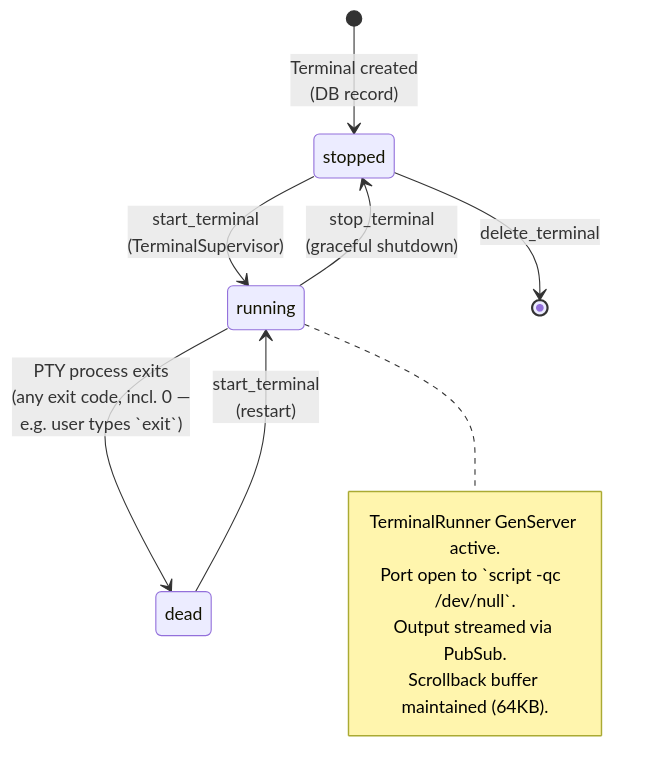
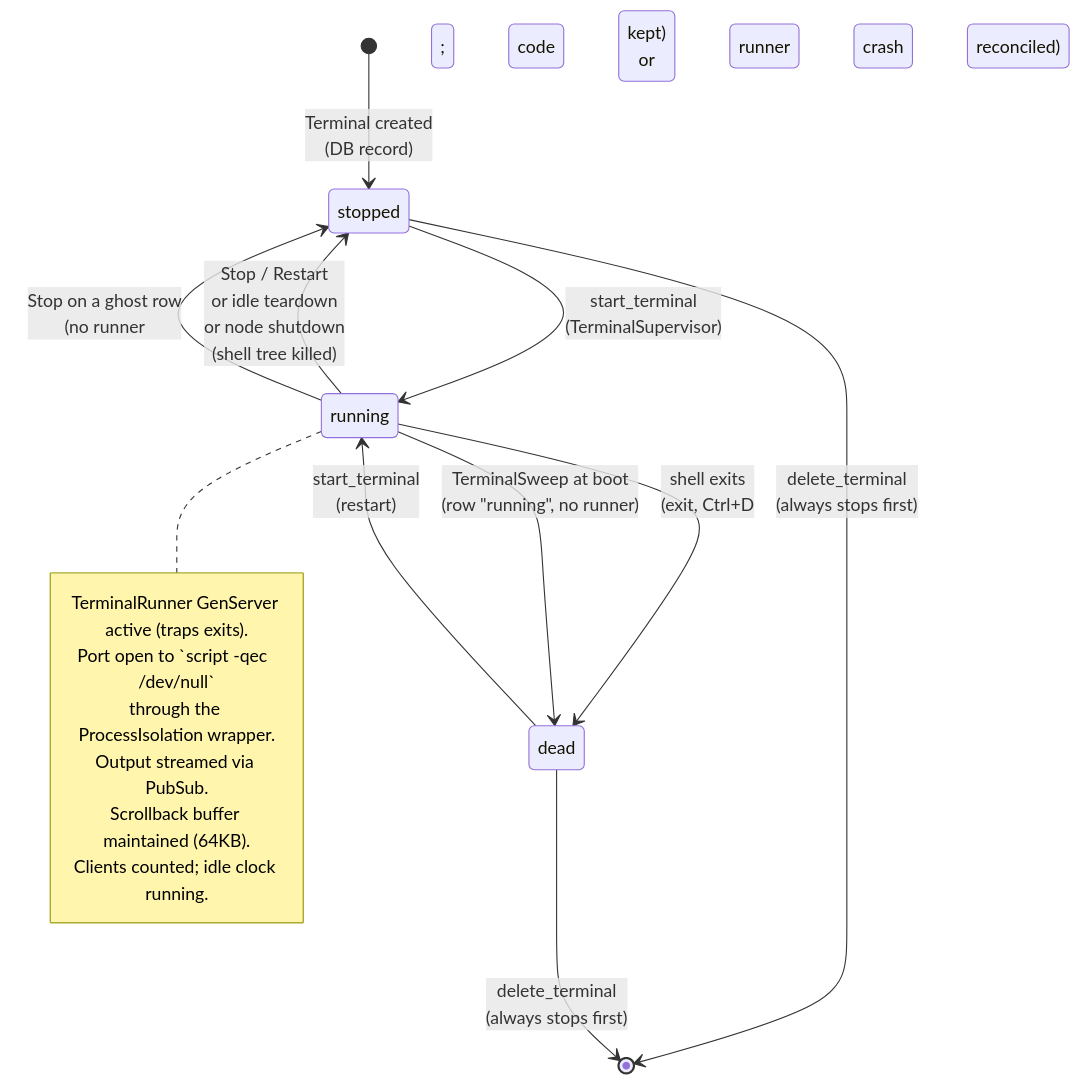
Before and after one commit to zingbretsen/orca_hub: the third of 3 diagrams in .context/terminals.md, drawn with Mermaid. The commit also changed other lines of this file and 4 other files, not shown here.

First line of the commit message:
docs: terminal lifecycle, teardown, ghost rows, idle teardown, pty size

````diff
--- a/.context/terminals.md
+++ b/.context/terminals.md
@@ -99,17 +117,22 @@
 ```mermaid
 stateDiagram-v2
     [*] --> stopped: Terminal created<br>(DB record)
 
     stopped --> running: start_terminal<br>(TerminalSupervisor)
-    running --> stopped: stop_terminal<br>(graceful shutdown)
-    running --> dead: PTY process exits<br>(any exit code, incl. 0 —<br>e.g. user types `exit`)
+    running --> stopped: Stop / Restart<br>or idle teardown<br>or node shutdown<br>(shell tree killed)
+    running --> dead: shell exits<br>(exit, Ctrl+D; code kept)<br>or runner crash
+    running --> dead: TerminalSweep at boot<br>(row "running", no runner)
+    running --> stopped: Stop on a ghost row<br>(no runner; reconciled)
     dead --> running: start_terminal<br>(restart)
-    stopped --> [*]: delete_terminal
+    stopped --> [*]: delete_terminal<br>(always stops first)
+    dead --> [*]: delete_terminal<br>(always stops first)
 
     note right of running
-        TerminalRunner GenServer active.
-        Port open to `script -qc <shell> /dev/null`.
+        TerminalRunner GenServer active (traps exits).
+        Port open to `script -qec <shell> /dev/null`
+        through the ProcessIsolation wrapper.
         Output streamed via PubSub.
         Scrollback buffer maintained (64KB).
+        Clients counted; idle clock running.
     end note
 ```
````
